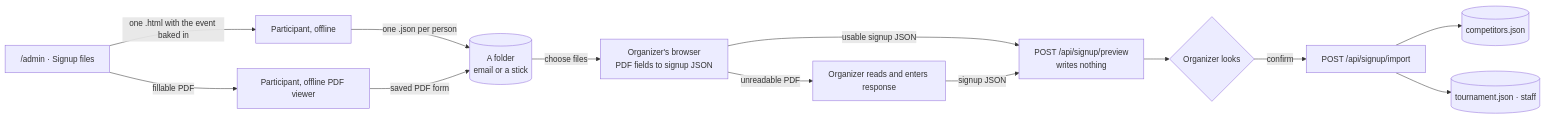
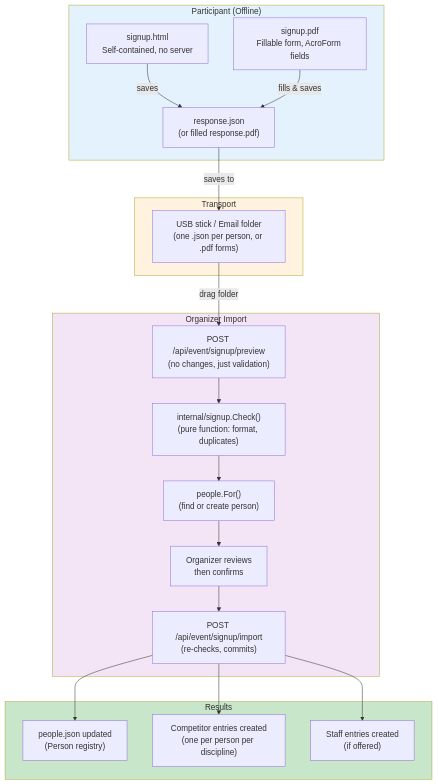
Diagram 12 of 18 in docs/architecture.md (fylke/porta-di-ferro), drawn with Mermaid before and after one commit. The commit also changed other lines of this file, not shown here.

First line of the commit message:
Add high and medium priority Mermaid diagrams to architecture.md

````diff
--- a/docs/architecture.md
+++ b/docs/architecture.md
@@ -247,15 +456,43 @@
 ```mermaid
-flowchart LR
-    A["/admin · Signup files"] -->|"one .html with the event baked in"| P[Participant, offline]
-    P -->|"one .json per person"| F[(A folder<br/>email or a stick)]
-    A -->|fillable PDF| PP[Participant, offline PDF viewer]
-    PP -->|saved PDF form| F
-    F -->|choose files| CV[Organizer's browser<br/>PDF fields to signup JSON]
-    CV -->|usable signup JSON| PR[POST /api/signup/preview<br/>writes nothing]
-    CV -->|unreadable PDF| M[Organizer reads and enters response]
-    M -->|signup JSON| PR
-    PR --> D{Organizer looks}
-    D -->|confirm| IM[POST /api/signup/import]
-    IM --> C[(competitors.json)]
-    IM --> T[(tournament.json · staff)]
+graph TB
+    subgraph Participant["Participant (Offline)"]
+        HTML["signup.html<br/>Self-contained, no server"]
+        PDF["signup.pdf<br/>Fillable form, AcroForm fields"]
+        RESP["response.json<br/>(or filled response.pdf)"]
+        HTML -->|saves| RESP
+        PDF -->|fills & saves| RESP
+    end
+    
+    subgraph Transport["Transport"]
+        STORE["USB stick / Email folder<br/>(one .json per person, or .pdf forms)"]
+        RESP -->|saves to| STORE
+    end
+    
+    subgraph Import["Organizer Import"]
+        PREVIEW["POST /api/event/signup/preview<br/>(no changes, just validation)"]
+        CHECK["internal/signup.Check()<br/>(pure function: format, duplicates)"]
+        LOOKUP["people.For()<br/>(find or create person)"]
+        CONFIRM["Organizer reviews<br/>then confirms"]
+        IMPORT["POST /api/event/signup/import<br/>(re-checks, commits)"]
+        
+        STORE -->|drag folder| PREVIEW
+        PREVIEW --> CHECK
+        CHECK --> LOOKUP
+        LOOKUP --> CONFIRM
+        CONFIRM --> IMPORT
+    end
+    
+    subgraph Results["Results"]
+        PEOPLE["people.json updated<br/>(Person registry)"]
+        COMP["Competitor entries created<br/>(one per person per discipline)"]
+        STAFF["Staff entries created<br/>(if offered)"]
+        IMPORT --> PEOPLE
+        IMPORT --> COMP
+        IMPORT --> STAFF
+    end
+    
+    style Participant fill:#e3f2fd
+    style Transport fill:#fff3e0
+    style Import fill:#f3e5f5
+    style Results fill:#c8e6c9
 ```
````
